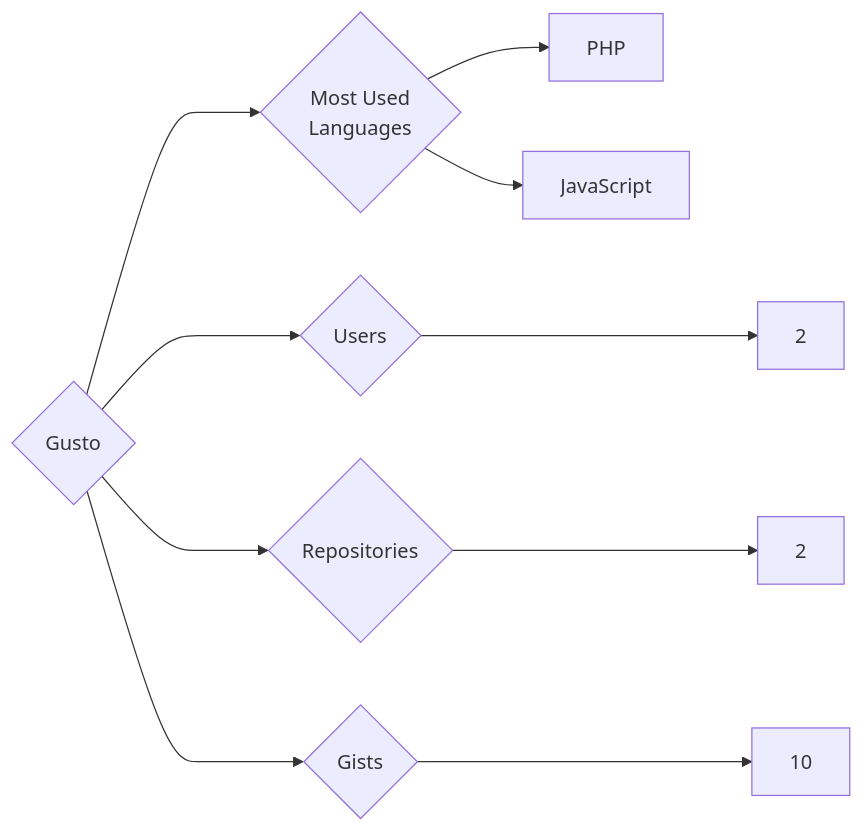
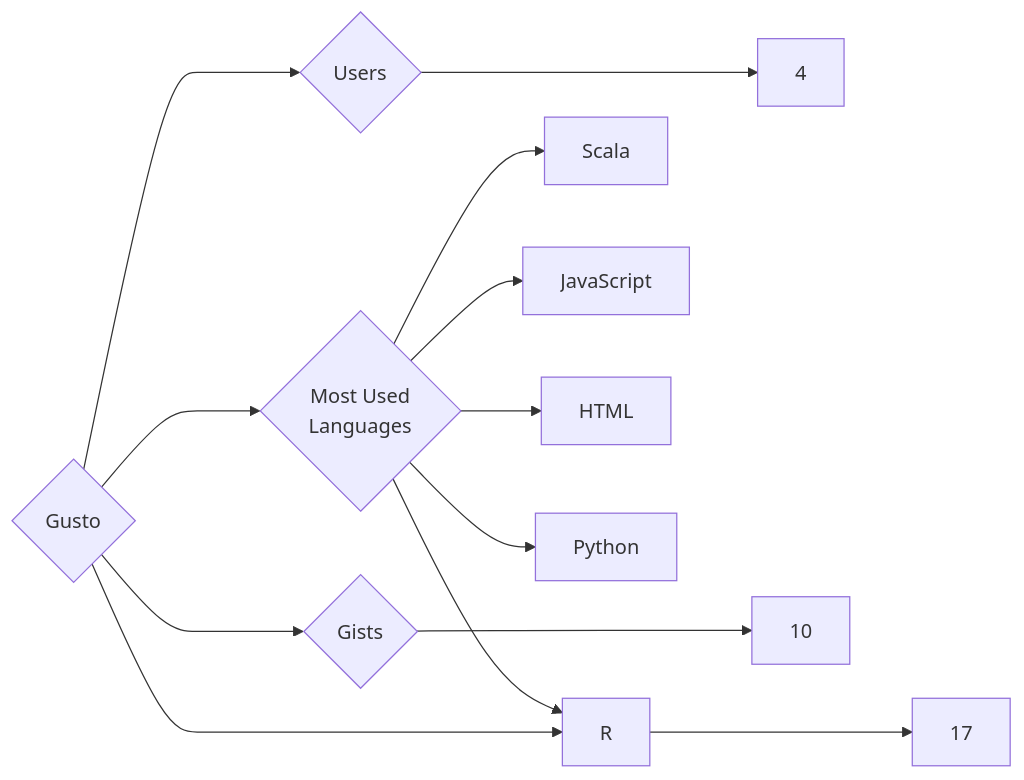
The diagram in targets/Gusto/README.md (trickest/insiders), drawn with Mermaid before and after one commit. The commit also changed 1055 other files, not shown here.

````diff
--- a/targets/Gusto/README.md
+++ b/targets/Gusto/README.md
@@ -3,10 +3,13 @@
 ```mermaid
 graph LR
 COMPANY_NAME{Gusto}
-COMPANY_NAME ---> U{Users} ---> UN[2]
-COMPANY_NAME ---> R{Repositories} ---> RN[2]
+COMPANY_NAME ---> U{Users} ---> UN[4]
+COMPANY_NAME ---> R{Repositories} ---> RN[17]
 COMPANY_NAME ---> G{Gists} ---> GN[10]
 COMPANY_NAME ---> ML{Most Used<br>Languages}
-ML --> PHP[PHP]
+ML --> Scala[Scala]
 ML --> JavaScript[JavaScript]
+ML --> R[R]
+ML --> HTML[HTML]
+ML --> Python[Python]
 ```
````
